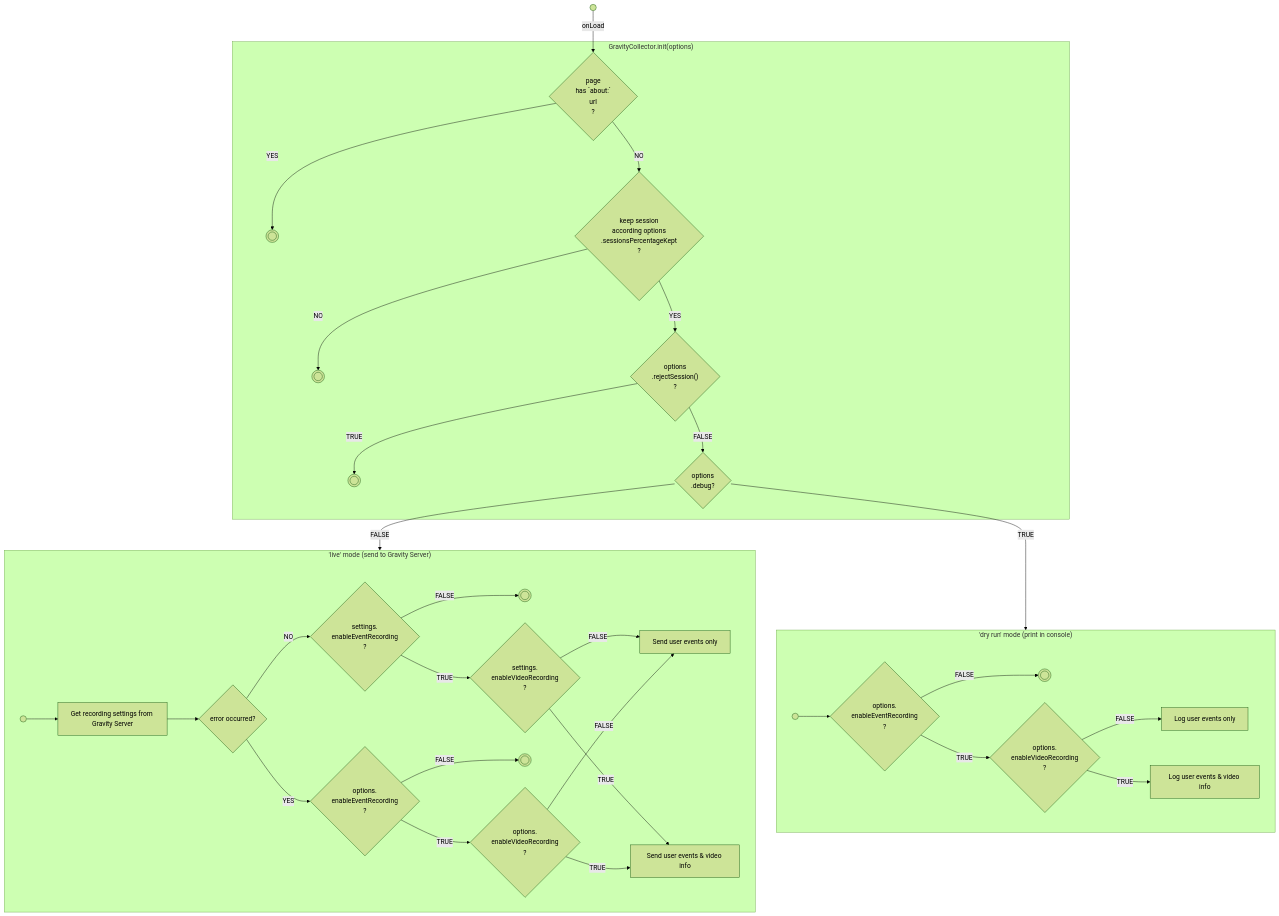
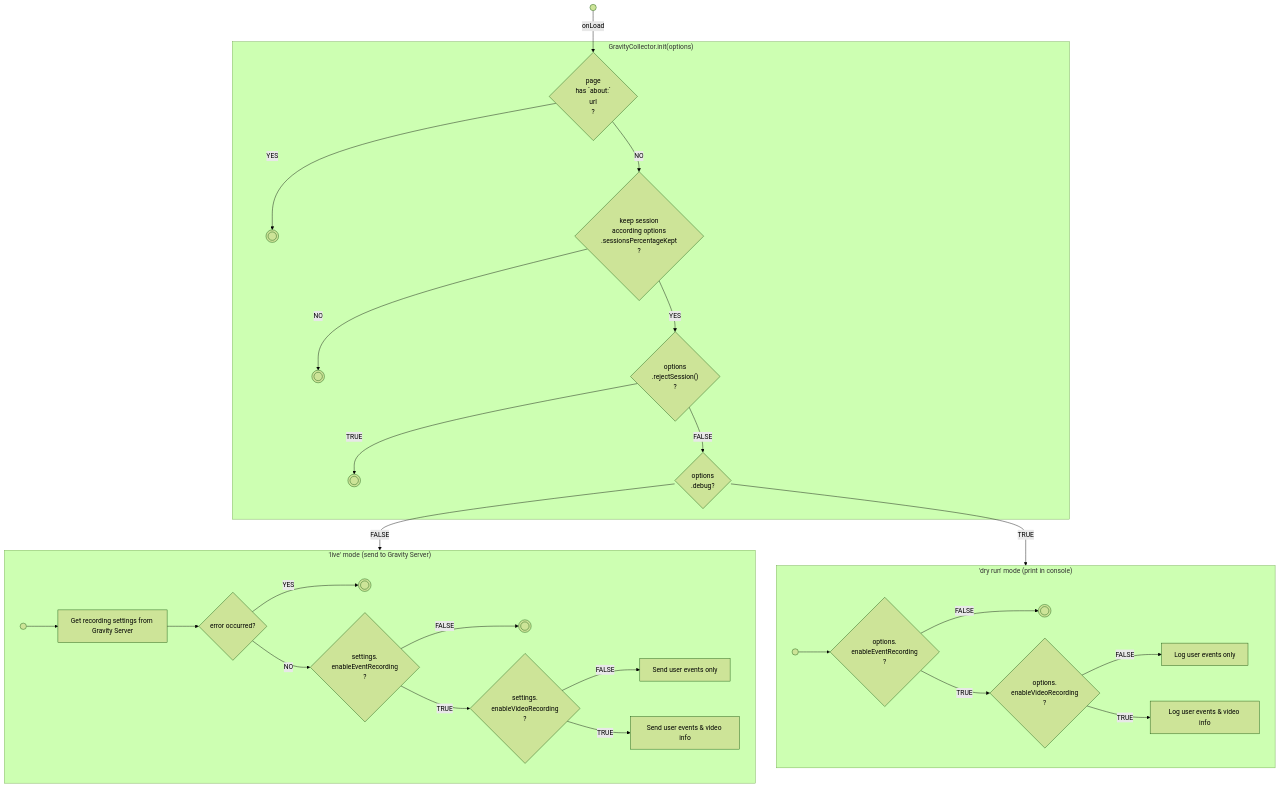
Before and after one commit to Smartesting/gravity-data-collector: the diagram in flowchart.md, drawn with Mermaid (forest theme). The commit also changed 3 other files, not shown here.

````diff
--- a/flowchart.md
+++ b/flowchart.md
@@ -3,42 +3,36 @@
 ```mermaid
 
 
 
 flowchart TD
     start(( )) -- onLoad --> c1{"page\nhas `about#58;`\nurl\n?"}
     subgraph "GravityCollector.init(options)"
         c1--YES-->end1((( )))
         c1--NO-->c2{"keep session\naccording options\n.sessionsPercentageKept\n?"}
         c2--NO-->end2((( )))
         c2--YES-->c3{"options\n.rejectSession()\n?"}
         c3--TRUE-->end3((( )))
         c3--FALSE-->c4{"options\n.debug?"}
     end
         c4--FALSE-->live
         c4--TRUE-->dryRun
 
     subgraph dryRun ["'dry run' mode (print in console)"]
         dr_init(( )) --> dr_c1{"options.\nenableEventRecording\n?"}
         dr_c1 --FALSE--> end4((( )))
         dr_c1 --TRUE--> dr_c2{"options.\nenableVideoRecording\n?"}
         dr_c2 --FALSE--> logEvents[Log user events only]
         dr_c2 --TRUE--> logAll[Log user events & video info]
     end
 
     subgraph live ["'live' mode (send to Gravity Server)"]
         l_init(( )) --> fetchSettings["Get recording settings from Gravity Server"]
         fetchSettings --> l_c1{"error occurred?"}
-        l_c1--YES-->l_c5{"options.\nenableEventRecording\n?"}
+        l_c1--YES-->end7((( )))
         l_c1--NO-->l_c3{"settings.\nenableEventRecording\n?"}
         l_c3--FALSE-->end6((( )))
         l_c3--TRUE-->l_c4{"settings.\nenableVideoRecording\n?"}
-        l_c4--FALSE-->sendEvents
-        l_c4--TRUE-->sendAll
-
-        l_c5--FALSE-->end7((( )))
-        l_c5--TRUE-->l_c6{"options.\nenableVideoRecording\n?"}
-        l_c6--FALSE-->sendEvents[Send user events only]
-        l_c6--TRUE-->sendAll[Send user events & video info]
+        l_c4--FALSE-->sendEvents[Send user events only]
+        l_c4--TRUE-->sendAll[Send user events & video info]
      end
-
 ```
````
